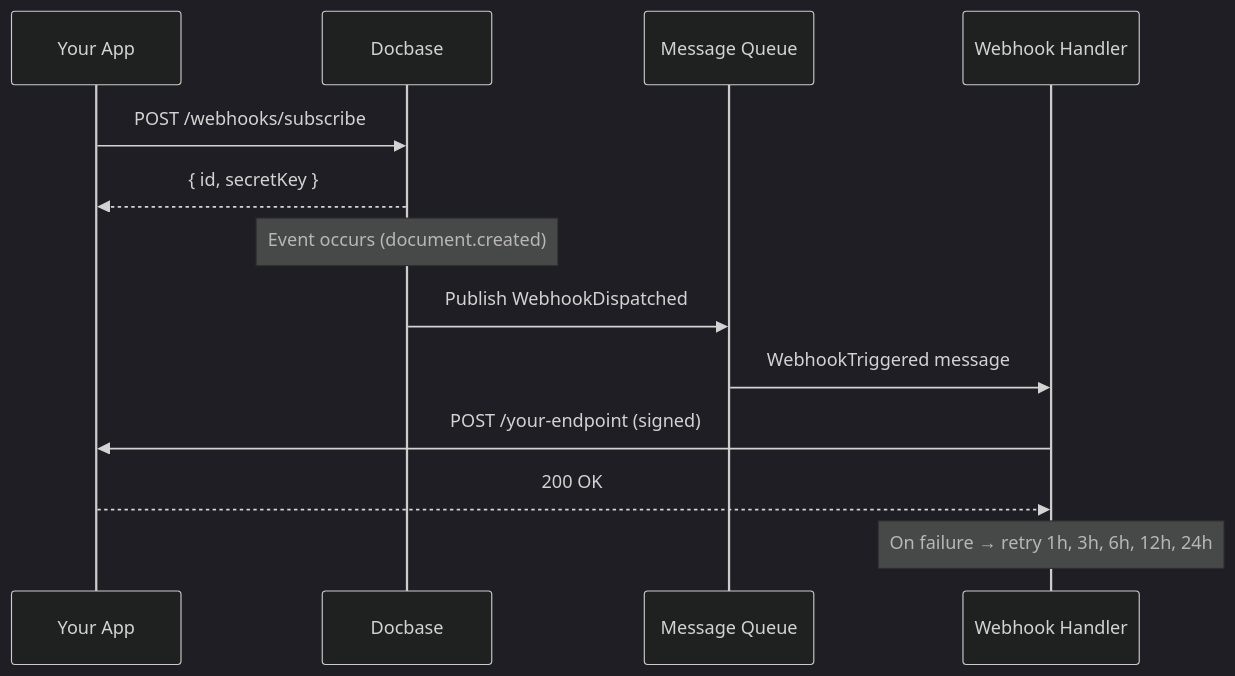
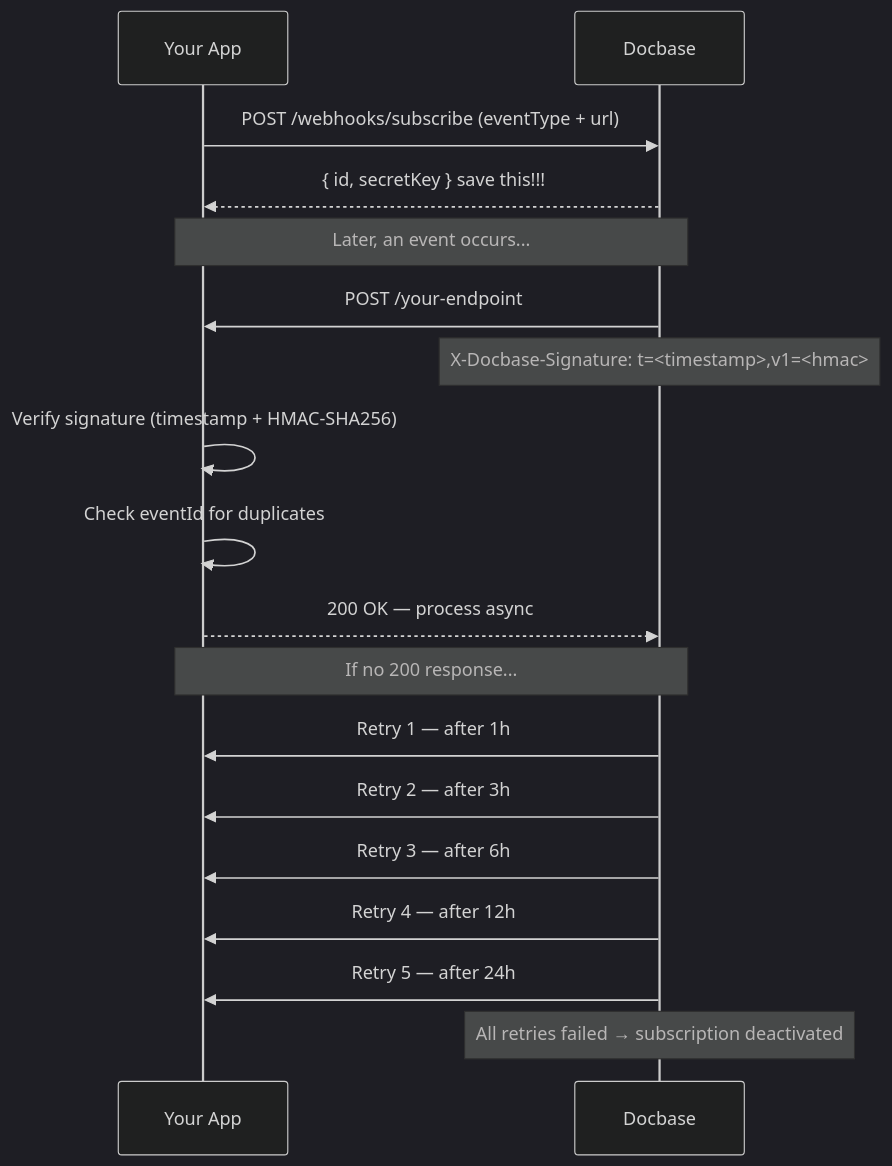
Before and after one commit to docbase-to/docs: the diagram in overview.mdx, drawn with Mermaid (dark theme).

Commit message:
Update webhook sequence diagram in overview

````diff
--- a/overview.mdx
+++ b/overview.mdx
@@ -7,19 +7,27 @@
 ```mermaid
 sequenceDiagram
     participant App as Your App
-    participant DB as Docbase
-    participant Q as Message Queue
-    participant W as Webhook Handler
+    participant Docbase
 
-    App->>DB: POST /webhooks/subscribe
-    DB-->>App: { id, secretKey }
+    App->>Docbase: POST /webhooks/subscribe (eventType + url)
+    Docbase-->>App: { id, secretKey } save this!!!
 
-    Note over DB: Event occurs (document.created)
+    Note over App,Docbase: Later, an event occurs...
 
-    DB->>Q: Publish WebhookDispatched
-    Q->>W: WebhookTriggered message
-    W->>App: POST /your-endpoint (signed)
-    App-->>W: 200 OK
+    Docbase->>App: POST /your-endpoint
+    Note over Docbase: X-Docbase-Signature: t=<timestamp>,v1=<hmac>
 
-    Note over W: On failure → retry 1h, 3h, 6h, 12h, 24h
+    App->>App: Verify signature (timestamp + HMAC-SHA256)
+    App->>App: Check eventId for duplicates
+    App-->>Docbase: 200 OK — process async
+
+    Note over App,Docbase: If no 200 response...
+
+    Docbase->>App: Retry 1 — after 1h
+    Docbase->>App: Retry 2 — after 3h
+    Docbase->>App: Retry 3 — after 6h
+    Docbase->>App: Retry 4 — after 12h
+    Docbase->>App: Retry 5 — after 24h
+
+    Note over Docbase: All retries failed → subscription deactivated
 ```
````
